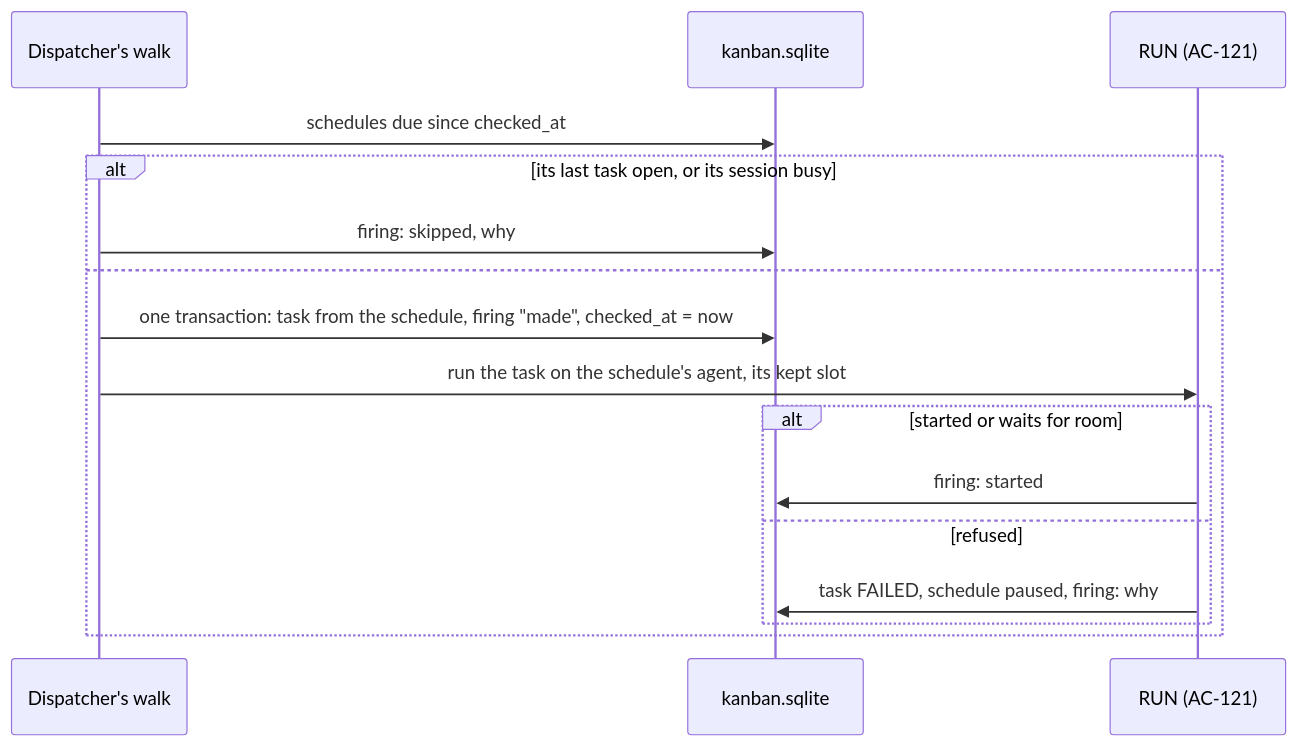
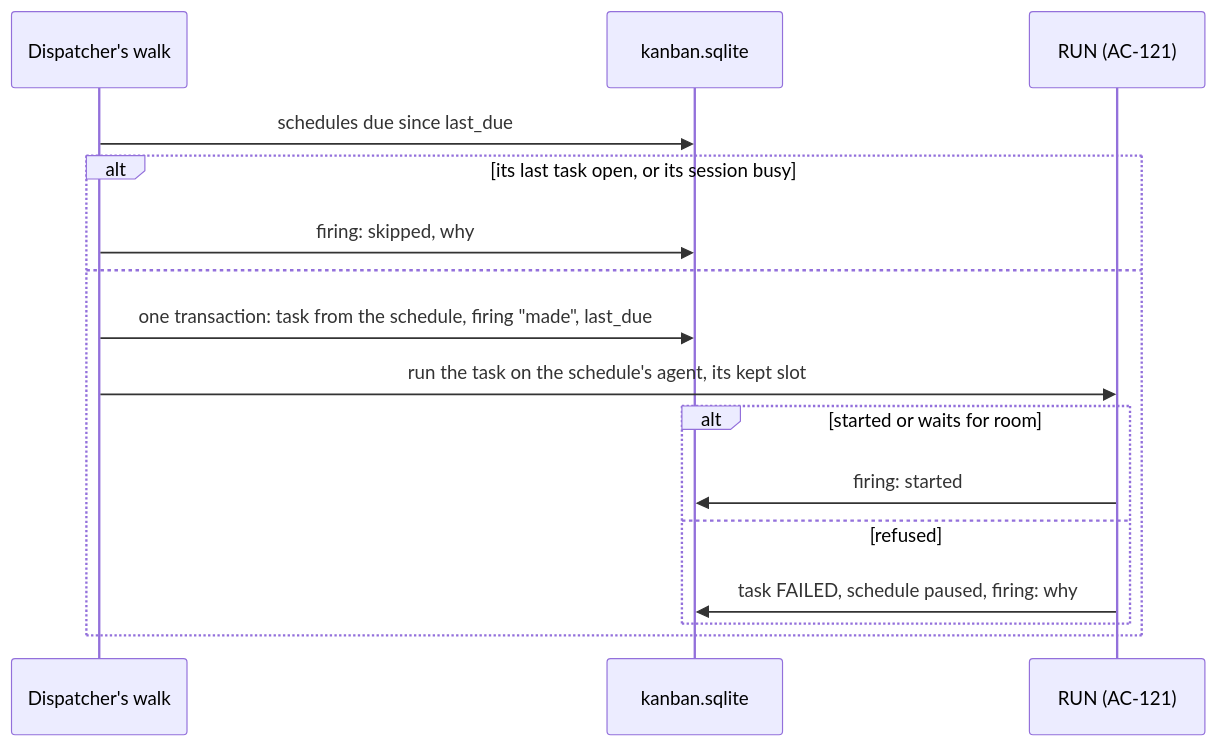
One commit to extractumio/terminum changed the diagram in docs/specs/terminum-schedules.md. Above: the diagram before and after it, drawn with Mermaid. The commit also changed other lines of this file and 17 other files, not shown here.

First line of the commit message:
Schedules: their store, routes, firing, the board's section and the Scheduled page (AC-160 to AC-164)

````diff
--- a/docs/specs/terminum-schedules.md
+++ b/docs/specs/terminum-schedules.md
@@ -254,18 +254,18 @@
 ```mermaid
 sequenceDiagram
   participant W as Dispatcher's walk
   participant DB as kanban.sqlite
   participant R as RUN (AC-121)
-  W->>DB: schedules due since checked_at
+  W->>DB: schedules due since last_due
   alt its last task open, or its session busy
     W->>DB: firing: skipped, why
   else
-    W->>DB: one transaction: task from the schedule, firing "made", checked_at = now
+    W->>DB: one transaction: task from the schedule, firing "made", last_due
     W->>R: run the task on the schedule's agent, its kept slot
     alt started or waits for room
       R->>DB: firing: started
     else refused
       R->>DB: task FAILED, schedule paused, firing: why
     end
   end
 ```
````
